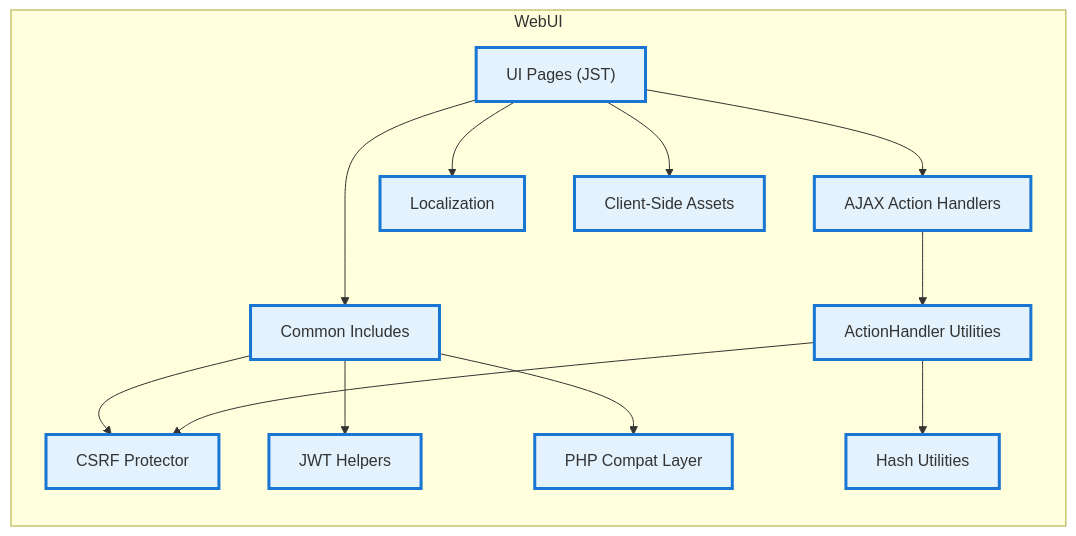
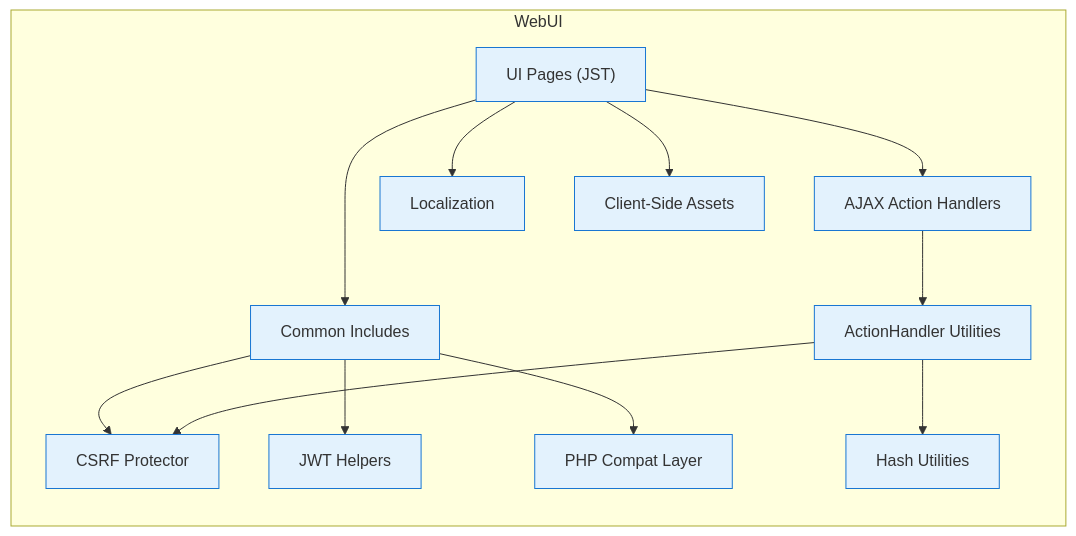
Before and after one commit to rns21/RDK_Documentation: the eighth of 11 diagrams in docs/docu/dec17/webui_latest.md, drawn with Mermaid. The commit also changed other lines of this file, not shown here.

````diff
--- a/docs/docu/dec17/webui_latest.md
+++ b/docs/docu/dec17/webui_latest.md
@@ -327,29 +327,29 @@
 ```mermaid
 graph LR
     subgraph "WebUI"
         Pages["UI Pages (JST)"]
         Includes["Common Includes"]
         Handlers["AJAX Action Handlers"]
         Validators["ActionHandler Utilities"]
         Csrf["CSRF Protector"]
         Jwt["JWT Helpers"]
         PhpCompat["PHP Compat Layer"]
         Hash["Hash Utilities"]
         Locale["Localization"]
         Assets["Client-Side Assets"]
     end
 
     Pages --> Includes
     Pages --> Handlers
     Handlers --> Validators
     Includes --> Csrf
     Validators --> Csrf
     Includes --> Jwt
     Includes --> PhpCompat
     Validators --> Hash
     Pages --> Locale
     Pages --> Assets
 
-    classDef webui fill:#e3f2fd,stroke:#1976d2,stroke-width:3px;
-    class Pages,Includes,Handlers,Validators,Csrf,Jwt,PhpCompat,Hash,Locale,Assets webui;
+    classDef webui fill:#e3f2fd,stroke:#1976d2,strokeWidth:3px
+    class Pages,Includes,Handlers,Validators,Csrf,Jwt,PhpCompat,Hash,Locale,Assets webui
 ```
````
